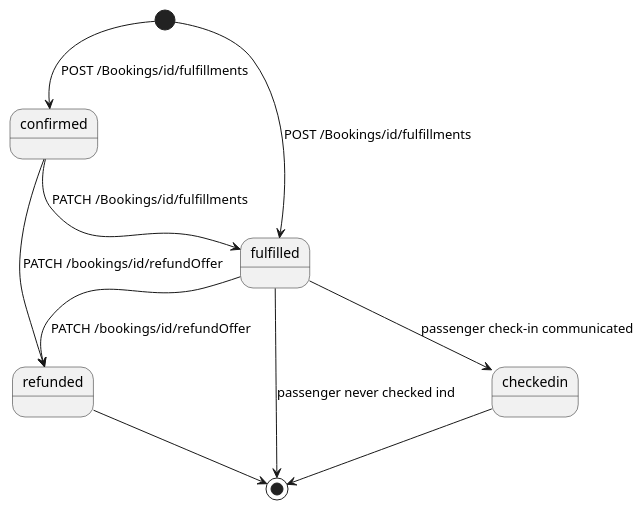
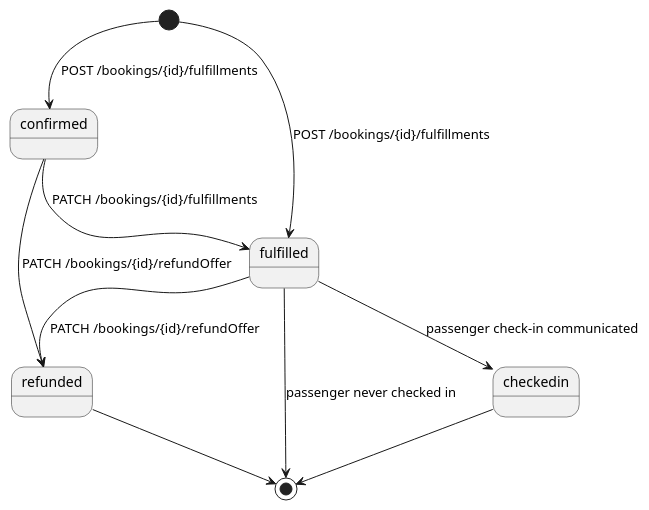
One commit to UnionInternationalCheminsdeFer/OSDM changed the diagram in images/models/fulfillment-state-model.puml. Above: the diagram before and after it, drawn with PlantUML. The commit also changed 2 other files, not shown here.

Commit message:
update the state diagrams

```diff
--- a/images/models/fulfillment-state-model.puml
+++ b/images/models/fulfillment-state-model.puml
@@ -1,10 +1,11 @@
-
-[*] --> confirmed: POST /Bookings/id/fulfillments
-[*] --> fulfilled: POST /Bookings/id/fulfillments
-confirmed --> fulfilled: PATCH /Bookings/id/fulfillments 
+@startuml
+[*] --> confirmed: POST /bookings/{id}/fulfillments
+[*] --> fulfilled: POST /bookings/{id}/fulfillments
+confirmed --> fulfilled: PATCH /bookings/{id}/fulfillments 
 fulfilled --> checkedin: passenger check-in communicated 
-confirmed --> refunded: PATCH /bookings/id/refundOffer
-fulfilled --> refunded: PATCH /bookings/id/refundOffer
+confirmed --> refunded: PATCH /bookings/{id}/refundOffer
+fulfilled --> refunded: PATCH /bookings/{id}/refundOffer
 checkedin --> [*]
-fulfilled --> [*]: passenger never checked ind
+fulfilled --> [*]: passenger never checked in
 refunded --> [*] 
+@enduml
```
